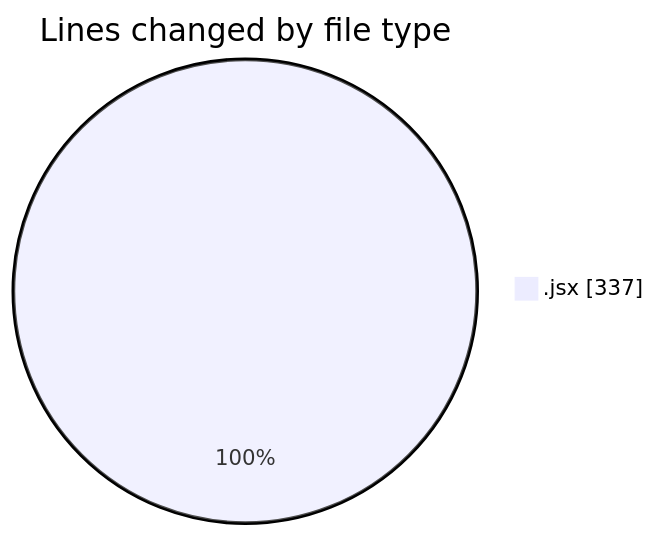
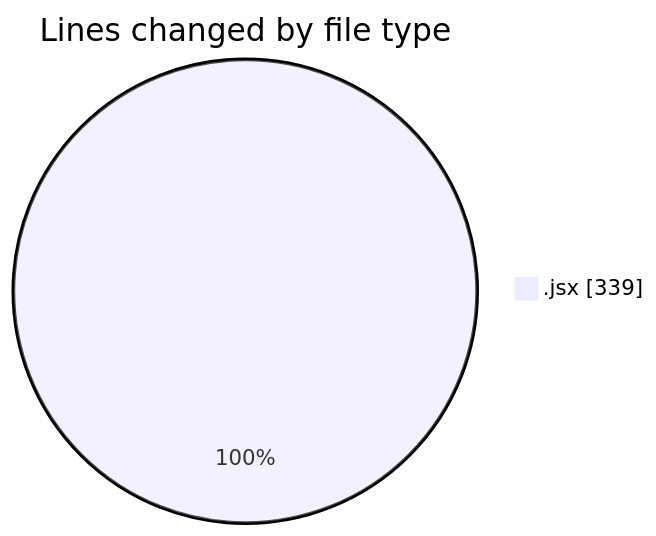
Before and after one commit to nxtqubesakshisongat/code-tracking: the first of 2 diagrams in 2025-07-04/argos/README.md, drawn with Mermaid. The commit also changed other lines of this file and 1 other file, not shown here.

````diff
--- a/2025-07-04/argos/README.md
+++ b/2025-07-04/argos/README.md
@@ -20,5 +20,5 @@
 ```mermaid
 pie showData
 title Lines changed by file type
-".jsx" : 337
+".jsx" : 339
 ```
````
